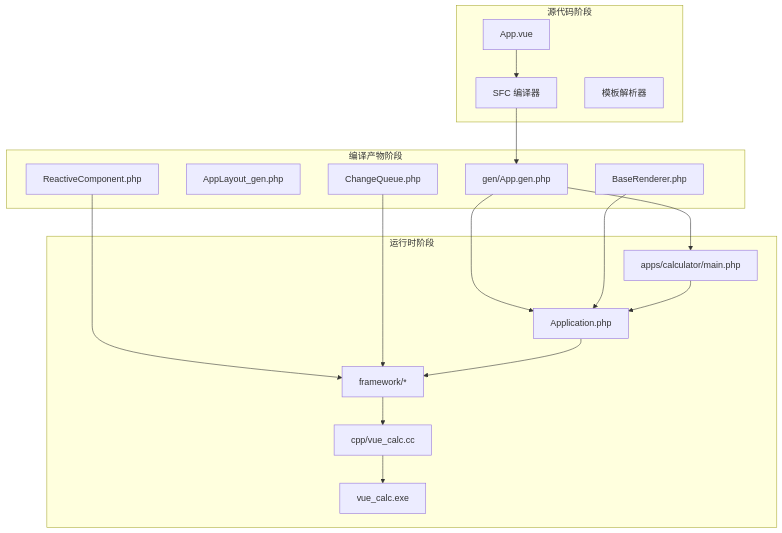
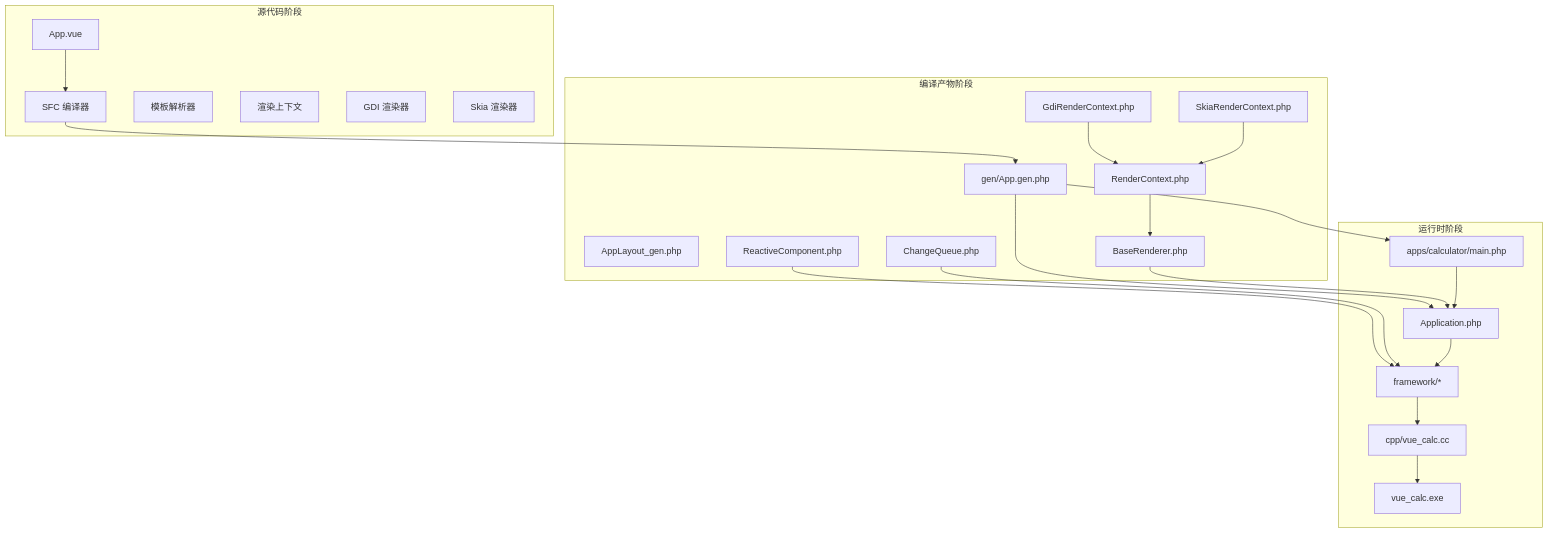
Before and after one commit to xingye00186/PHP-Data-UI-Framework-powered-by-swooleAOT: the first of 8 diagrams in .qoder/repowiki/zh/content/应用程序生命周期/应用程序生命周期.md, drawn with Mermaid. The commit also changed other lines of this file and 10 other files, not shown here.

````diff
--- a/.qoder/repowiki/zh/content/应用程序生命周期/应用程序生命周期.md
+++ b/.qoder/repowiki/zh/content/应用程序生命周期/应用程序生命周期.md
@@ -45,29 +52,38 @@
 ```mermaid
 graph TB
 subgraph "源代码阶段"
 VUE["App.vue"]
 COMPILER["SFC 编译器"]
 TPL["模板解析器"]
+END["渲染上下文"]
+END2["GDI 渲染器"]
+END3["Skia 渲染器"]
 end
 subgraph "编译产物阶段"
 GEN["gen/App.gen.php"]
 LAYOUT["AppLayout_gen.php"]
 RC["ReactiveComponent.php"]
 CQ["ChangeQueue.php"]
 BR["BaseRenderer.php"]
+CTX["RenderContext.php"]
+GDI["GdiRenderContext.php"]
+SKIA["SkiaRenderContext.php"]
 end
 subgraph "运行时阶段"
 MAIN["apps/calculator/main.php"]
 APP["Application.php"]
 FRAMEWORK["framework/*"]
 CPP["cpp/vue_calc.cc"]
 EXE["vue_calc.exe"]
 end
 VUE --> COMPILER --> GEN
 GEN --> MAIN
 GEN --> APP
 RC --> FRAMEWORK
 CQ --> FRAMEWORK
 BR --> APP
+CTX --> BR
+GDI --> CTX
+SKIA --> CTX
 MAIN --> APP --> FRAMEWORK --> CPP --> EXE
 ```
````
